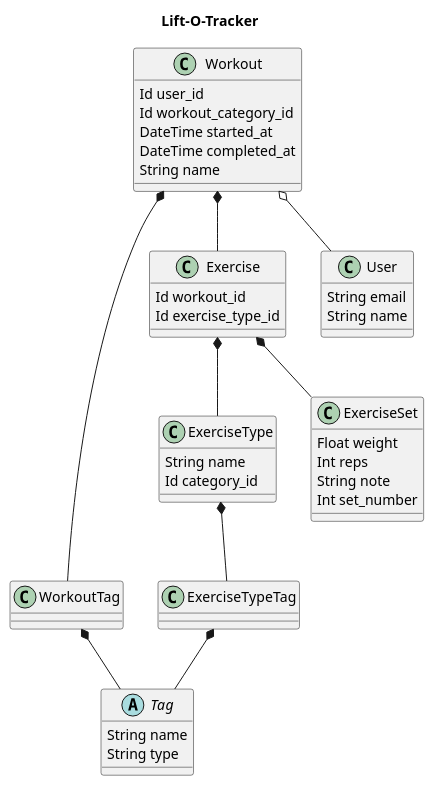
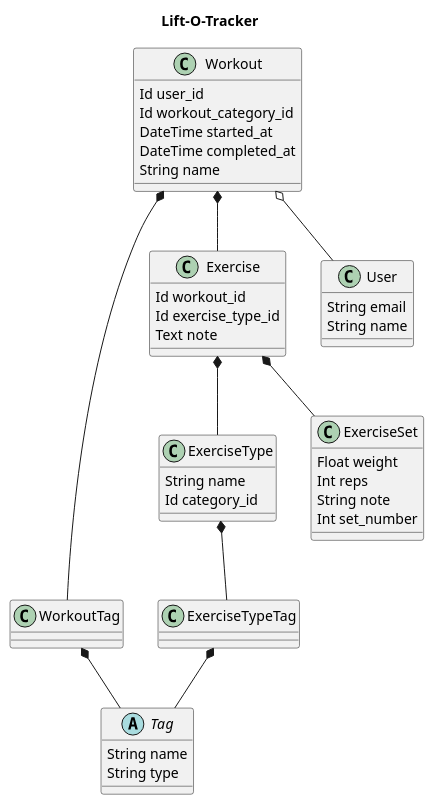
One commit to AnthonyRobertson17/arob changed the diagram in docs/model_architecture.PLANTUML. Above: the diagram before and after it, drawn with PlantUML.

Commit message:
updating model architecture doc

```diff
--- a/docs/model_architecture.PLANTUML
+++ b/docs/model_architecture.PLANTUML
@@ -1,55 +1,56 @@
 @startuml Lift-O-Tracker
 
 title Lift-O-Tracker
 
 class ExerciseType {
   String name
   Id category_id
 }
 
 abstract class Tag {
   String name
   String type
 }
 
 class ExerciseTypeTag {
 }
 
 class WorkoutTag {
 }
 
 class Workout {
   Id user_id
   Id workout_category_id
   DateTime started_at
   DateTime completed_at
   String name
 }
 
 class Exercise {
   Id workout_id
   Id exercise_type_id
+  Text note
 }
 
 class ExerciseSet {
   Float weight
   Int reps
   String note
   Int set_number
 }
 
 class User {
   String email
   String name
 }
 
 Workout o-- User
 Exercise *-- ExerciseSet
 Workout *-- Exercise
 Exercise *-- ExerciseType
 ExerciseType *-- ExerciseTypeTag
 Workout *-- WorkoutTag
 ExerciseTypeTag *-- Tag
 WorkoutTag *-- Tag
 
 @enduml
```
